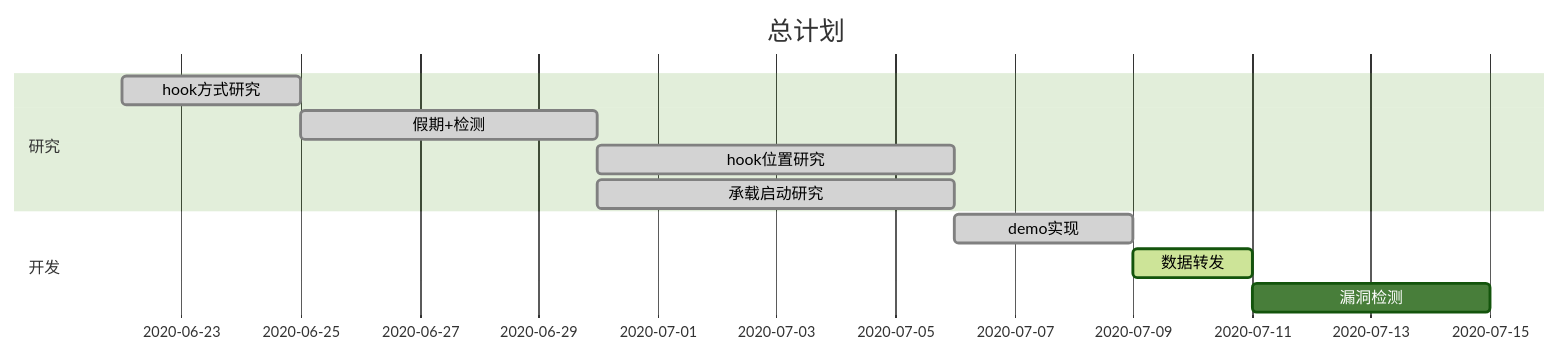
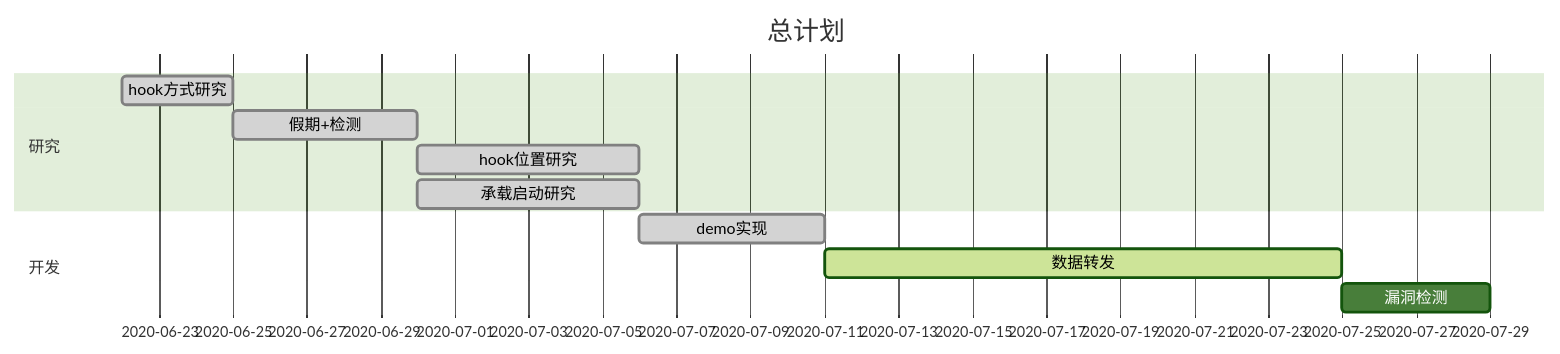
The first of 2 diagrams in Plan.md (luotianqi777/Notebook), drawn with Mermaid (forest theme) before and after one commit. The commit also changed other lines of this file and 2 other files, not shown here.

Commit message:
菜哭了

````diff
--- a/Plan.md
+++ b/Plan.md
@@ -3,14 +3,14 @@
 ```mermaid
 gantt
 dateFormat MM-DD
 title 总计划
 section 研究
 hook方式研究: done, hook_find, 06-22, 3d
 假期+检测: done, holiday, after hook_find, 5d
 hook位置研究: done, hook_location, after holiday, 6d
 承载启动研究: done, startup ,after holiday, 6d
 section 开发
-demo实现: done, hook_impl, after startup, 3d
-数据转发: active, data_send, after hook_impl, 2d
+demo实现: done, hook_impl, after startup, 5d
+数据转发: active, data_send, after hook_impl, 14d
 漏洞检测: bug_check, after data_send, 4d
 ```
````
